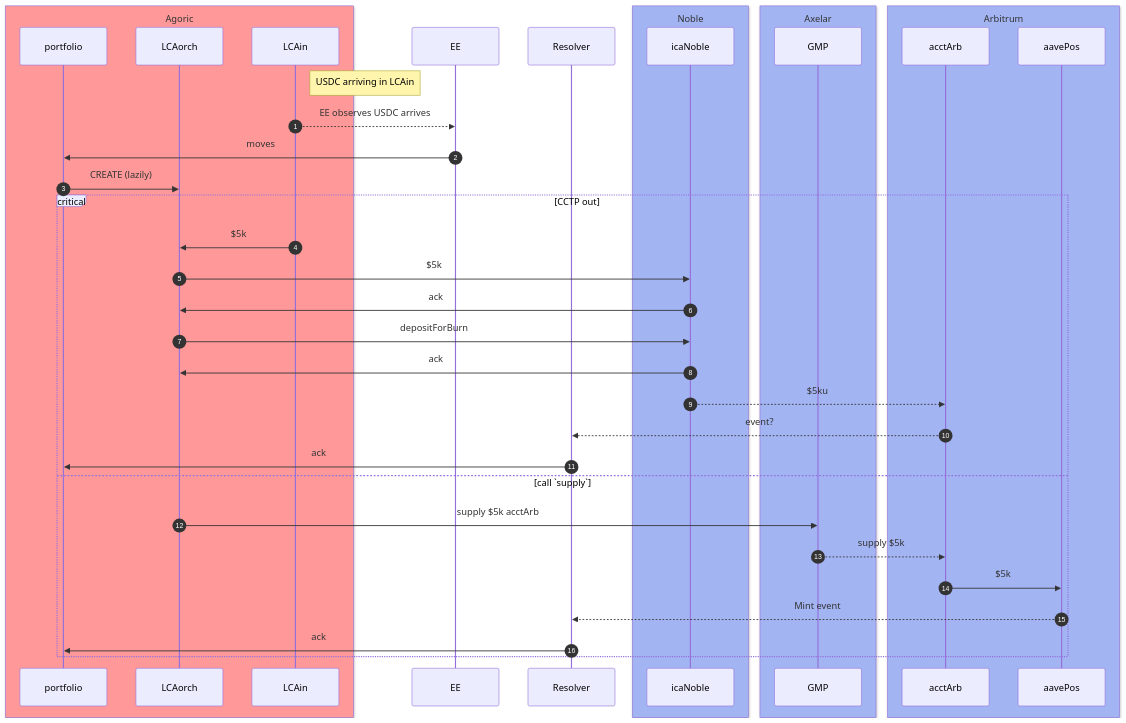
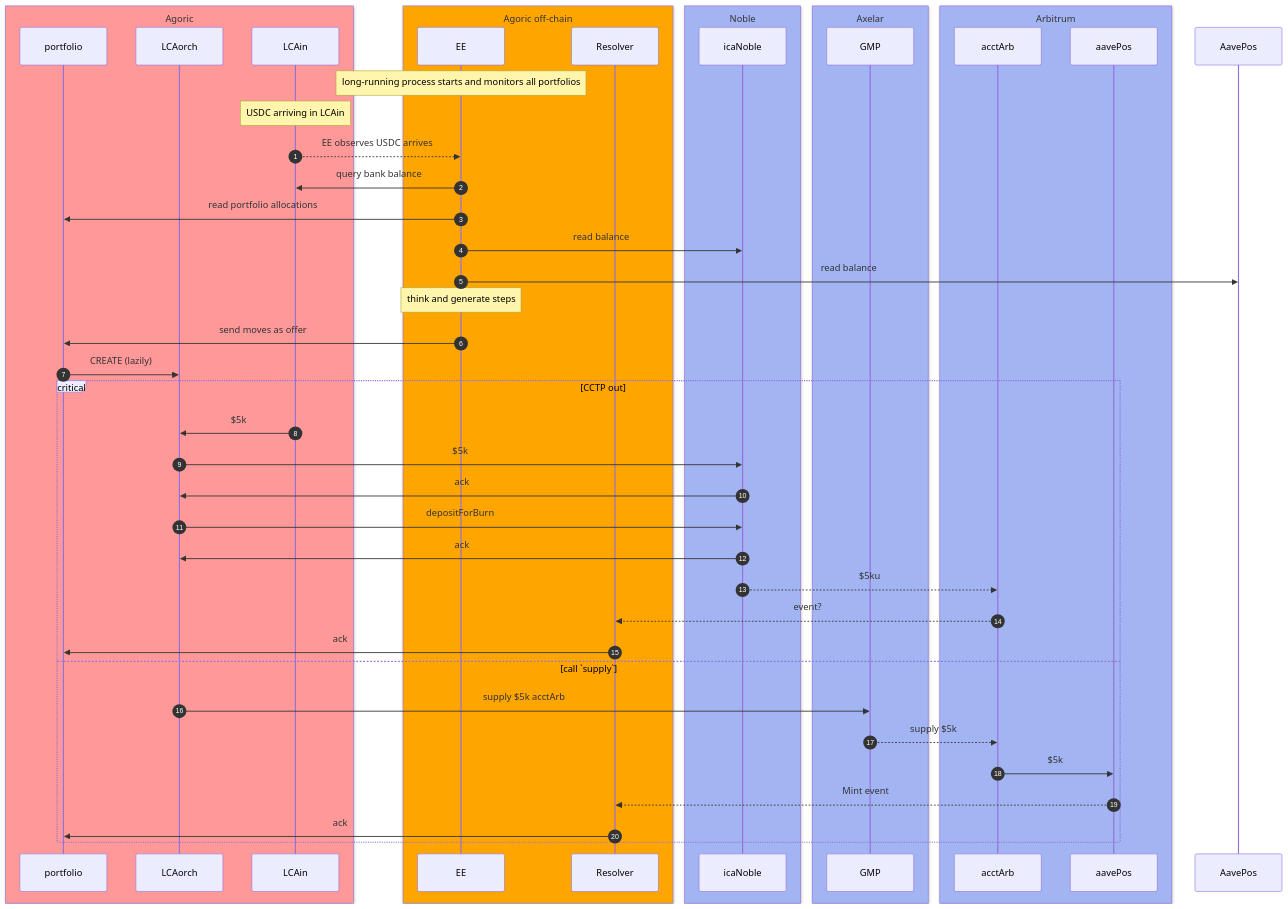
Before and after one commit to Agoric/agoric-sdk: the fifth of 5 diagrams in packages/portfolio-contract/DESIGN-BETA.md, drawn with Mermaid.

Commit message:
docs(portfolio-contract): docs to articulate EE's responsibilities

````diff
--- a/packages/portfolio-contract/DESIGN-BETA.md
+++ b/packages/portfolio-contract/DESIGN-BETA.md
@@ -79,50 +79,58 @@
 ```mermaid
 sequenceDiagram
   autonumber
 
   box rgb(255,153,153) Agoric
     participant portfolio
     participant LCAorch
     participant LCAin
   end
 
-  participant EE
-  participant Res as Resolver
+  box  rgb(255,165,0) Agoric off-chain
+    participant EE
+    participant Res as Resolver
+  end
 
   box rgb(163,180,243) Noble
     participant icaN as icaNoble
   end
 
   box rgb(163,180,243) Axelar
     participant AX as GMP
   end
 
   box rgb(163,180,243) Arbitrum
     participant acctArb
     participant aavePos
   end
 
   %% Notation: ->> for initial message, -->> for consequences
 
-  Note right of LCAin: USDC arriving in LCAin
+  Note over EE: long-running process starts and monitors all portfolios
+  Note over LCAin: USDC arriving in LCAin
   LCAin -->> EE: EE observes USDC arrives
-  EE ->> portfolio: moves
+  EE ->> LCAin: query bank balance
+  EE ->> portfolio: read portfolio allocations
+  EE ->> icaN: read balance
+  EE ->> AavePos: read balance
+  Note over EE: think and generate steps
+  EE ->> portfolio: send moves as offer
   portfolio ->> LCAorch: CREATE (lazily)
   %% Optionally, send to LCAin and have EE do the planning
   critical CCTP out
     LCAin ->> LCAorch: $5k
     LCAorch ->> icaN: $5k
     icaN ->> LCAorch: ack
     LCAorch ->> icaN: depositForBurn
     icaN ->> LCAorch: ack
     icaN -->> acctArb: $5ku
     acctArb -->> Res: event?
     Res ->> portfolio: ack
   option call `supply`
     LCAorch ->> AX: supply $5k acctArb
     AX -->> acctArb: supply $5k
     acctArb ->> aavePos: $5k
     aavePos -->> Res: Mint event
     Res ->> portfolio: ack
   end
 ```
````
